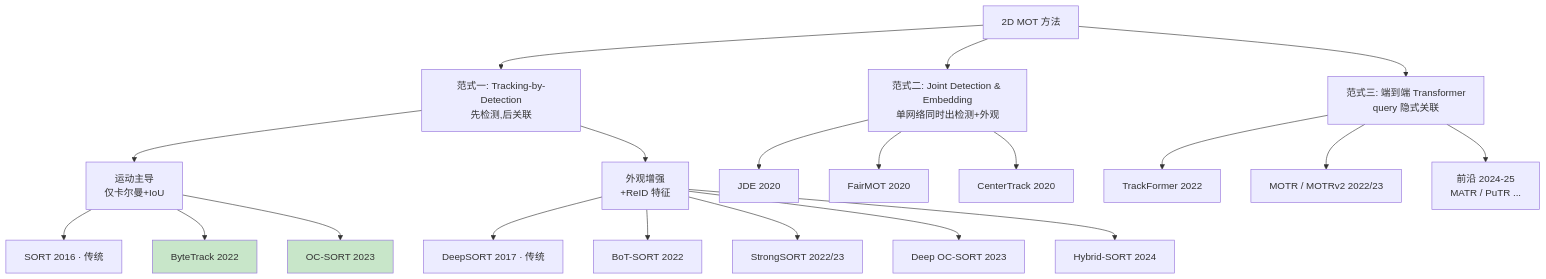
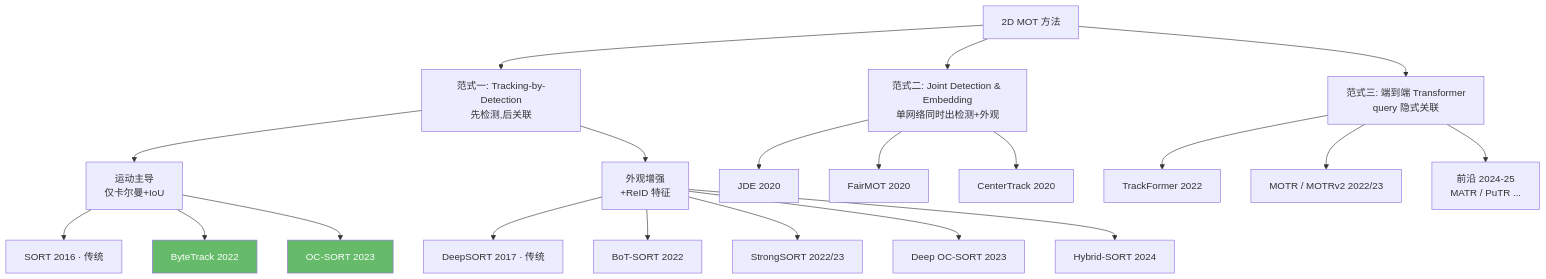
Before and after one commit to yyq19990828/onnxtools: the second of 9 diagrams in docs/guides/tracking/index.md, drawn with Mermaid. The commit also changed other lines of this file and 12 other files, not shown here.

First line of the commit message:
fix(docs): 修复 mermaid 暗色模式配色 + 语法报错 + 数学公式渲染

````diff
--- a/docs/guides/tracking/index.md
+++ b/docs/guides/tracking/index.md
@@ -65,31 +65,31 @@
 ```mermaid
 graph TD
     ROOT["2D MOT 方法"]
     ROOT --> TBD["范式一: Tracking-by-Detection<br/>先检测,后关联"]
     ROOT --> JDE["范式二: Joint Detection & Embedding<br/>单网络同时出检测+外观"]
     ROOT --> E2E["范式三: 端到端 Transformer<br/>query 隐式关联"]
 
     TBD --> MOTION["运动主导<br/>仅卡尔曼+IoU"]
     TBD --> APPEAR["外观增强<br/>+ReID 特征"]
 
     MOTION --> M1["SORT 2016 · 传统"]
     MOTION --> M2["ByteTrack 2022"]
     MOTION --> M3["OC-SORT 2023"]
 
     APPEAR --> A0["DeepSORT 2017 · 传统"]
     APPEAR --> A1["BoT-SORT 2022"]
     APPEAR --> A2["StrongSORT 2022/23"]
     APPEAR --> A3["Deep OC-SORT 2023"]
     APPEAR --> A4["Hybrid-SORT 2024"]
 
     JDE --> J1["JDE 2020"]
     JDE --> J2["FairMOT 2020"]
     JDE --> J3["CenterTrack 2020"]
 
     E2E --> T1["TrackFormer 2022"]
     E2E --> T2["MOTR / MOTRv2 2022/23"]
     E2E --> T3["前沿 2024-25<br/>MATR / PuTR ..."]
 
-    style M2 fill:#c8e6c9
-    style M3 fill:#c8e6c9
+    style M2 fill:#66bb6a,color:#fff
+    style M3 fill:#66bb6a,color:#fff
 ```
````
